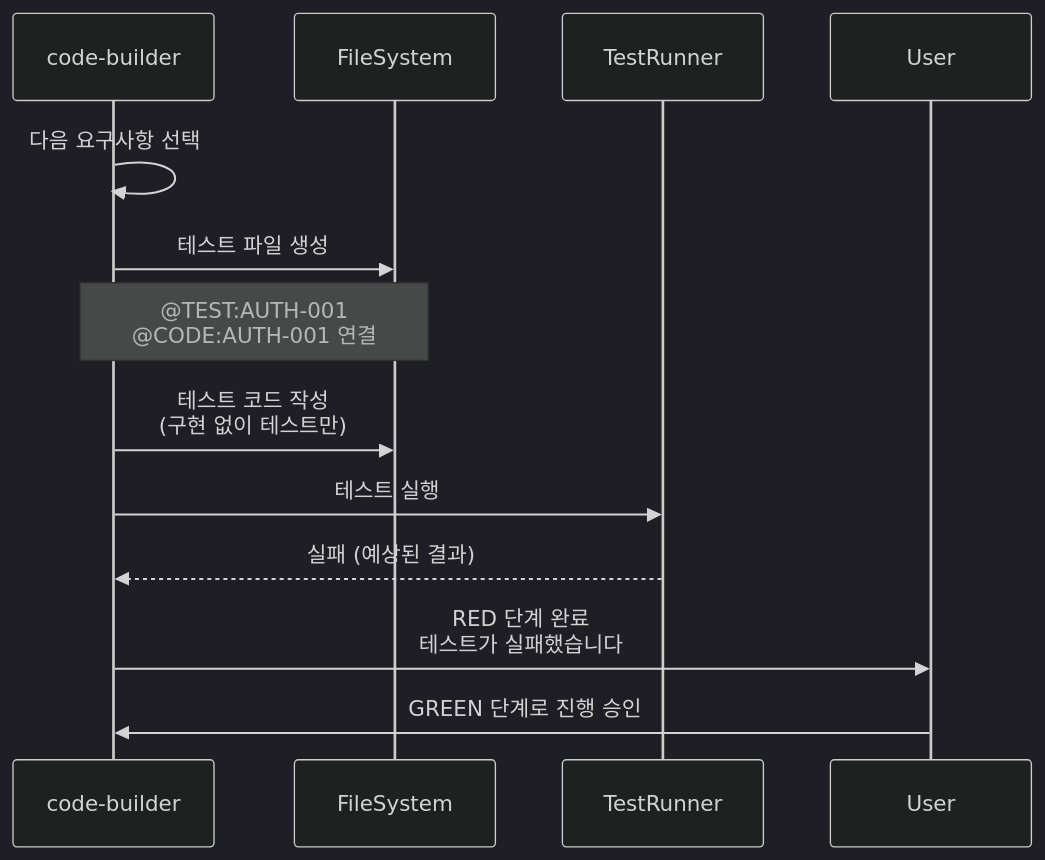
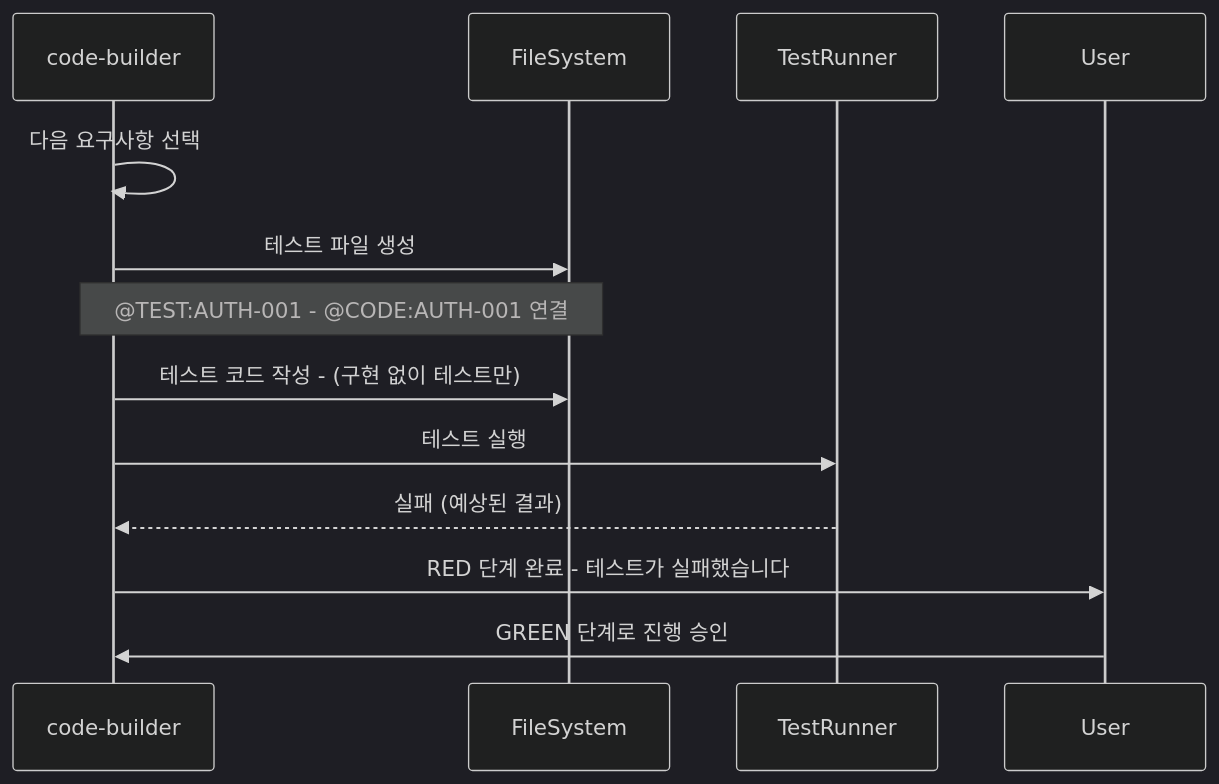
Before and after one commit to modu-ai/moai-adk: the third of 7 diagrams in docs/claude/agents/code-builder.md, drawn with Mermaid (dark theme). The commit also changed other lines of this file and 447 other files, not shown here.

````diff
--- a/docs/claude/agents/code-builder.md
+++ b/docs/claude/agents/code-builder.md
@@ -183,21 +183,21 @@
 ```mermaid
 sequenceDiagram
     participant CB as code-builder
     participant FS as FileSystem
     participant TestRunner
     participant User
 
     CB->>CB: 다음 요구사항 선택
     CB->>FS: 테스트 파일 생성
 
-    Note over CB,FS: @TEST:AUTH-001<br/>@CODE:AUTH-001 연결
+    Note over CB,FS: @TEST:AUTH-001 - @CODE:AUTH-001 연결
 
-    CB->>FS: 테스트 코드 작성<br/>(구현 없이 테스트만)
+    CB->>FS: 테스트 코드 작성 - (구현 없이 테스트만)
 
     CB->>TestRunner: 테스트 실행
     TestRunner-->>CB: 실패 (예상된 결과)
 
-    CB->>User: RED 단계 완료<br/>테스트가 실패했습니다
+    CB->>User: RED 단계 완료 - 테스트가 실패했습니다
 
     User->>CB: GREEN 단계로 진행 승인
 ```
````
